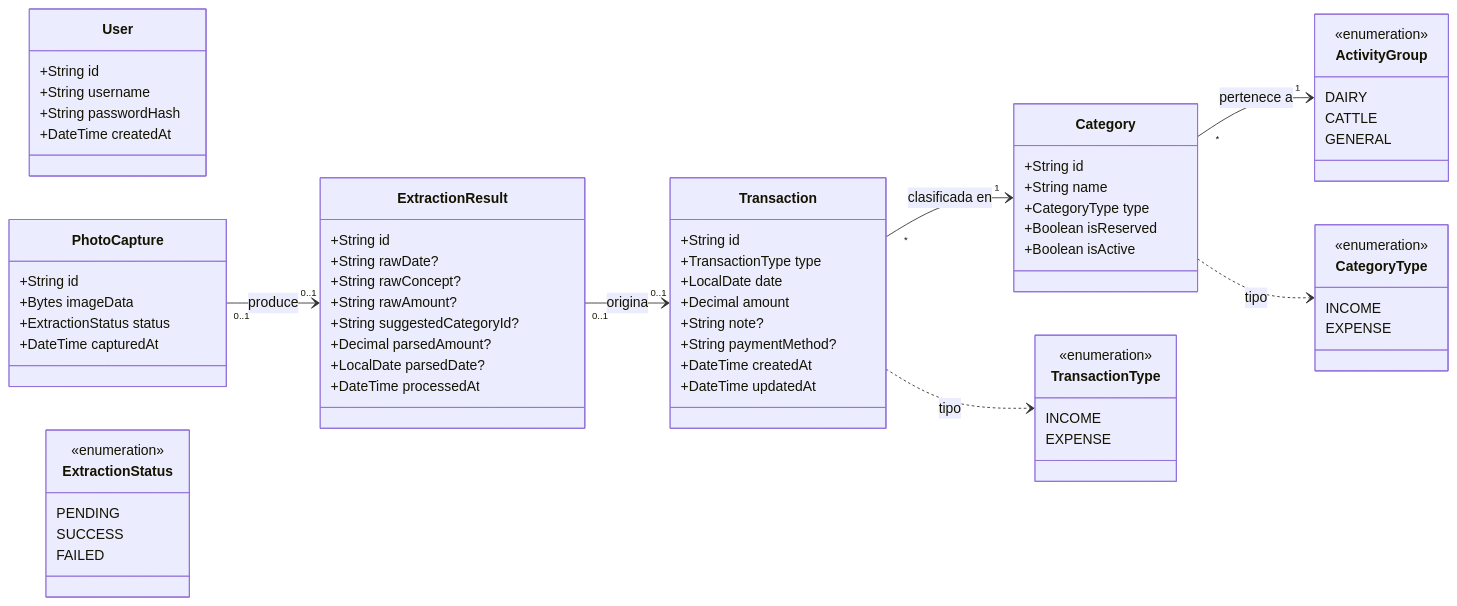
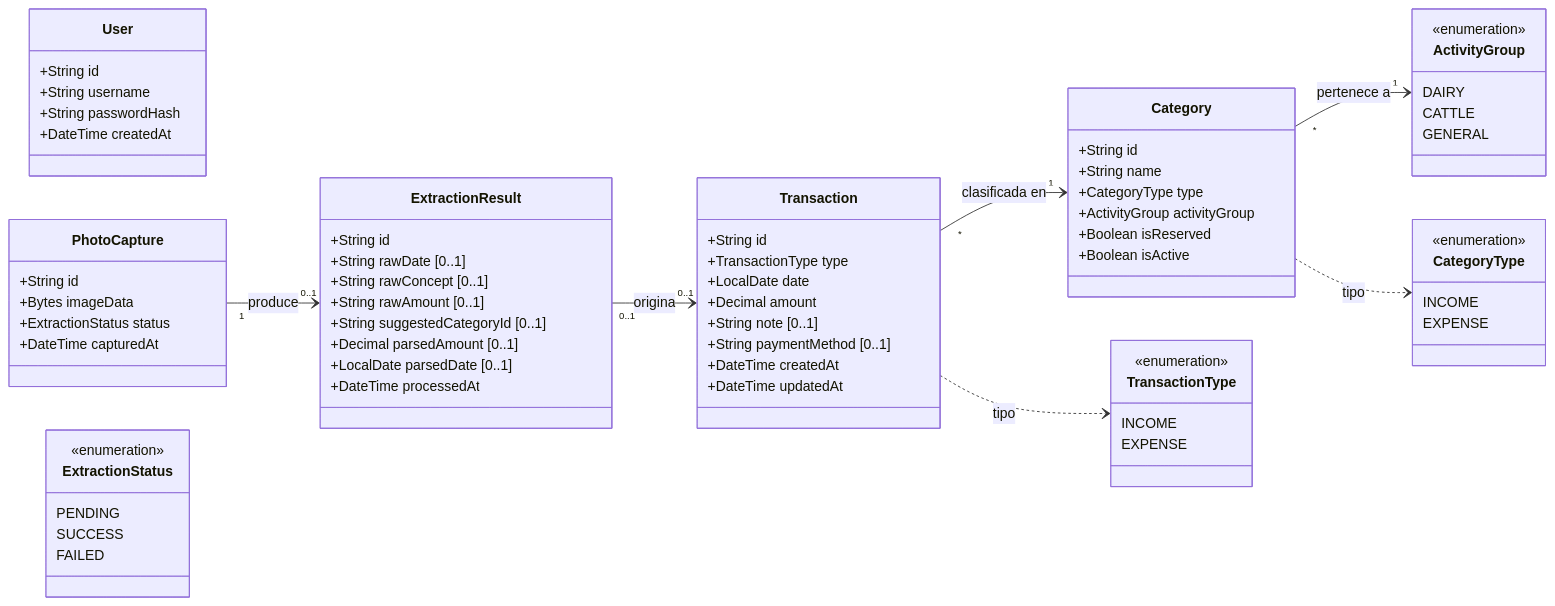
Before and after one commit to Mundolel/SGE: the diagram in docs/3-casos-uso-uml/diagrama_clases.md, drawn with Mermaid. The commit also changed other lines of this file and 2 other files, not shown here.

Commit message:
docs: align UML deliverables with architecture ADRs (#28)
Remove per-transaction sync queue from SD-01 and UC-01/02 flow 6a
(contradicted ADR-003 local-only model), update sequence diagram
participants to the real MVVM components from Step 5, and fix class
diagram UML issues: missing Category.activityGroup, PhotoCapture
multiplicity, and [0..1] optionality notation.

Closes #28

````diff
--- a/docs/3-casos-uso-uml/diagrama_clases.md
+++ b/docs/3-casos-uso-uml/diagrama_clases.md
@@ -17,8 +17,8 @@
         +TransactionType type
         +LocalDate date
         +Decimal amount
-        +String note?
-        +String paymentMethod?
+        +String note [0..1]
+        +String paymentMethod [0..1]
         +DateTime createdAt
         +DateTime updatedAt
     }
@@ -27,6 +27,7 @@
         +String id
         +String name
         +CategoryType type
+        +ActivityGroup activityGroup
         +Boolean isReserved
         +Boolean isActive
     }
@@ -66,12 +67,12 @@
 
     class ExtractionResult {
         +String id
-        +String rawDate?
-        +String rawConcept?
-        +String rawAmount?
-        +String suggestedCategoryId?
-        +Decimal parsedAmount?
-        +LocalDate parsedDate?
+        +String rawDate [0..1]
+        +String rawConcept [0..1]
+        +String rawAmount [0..1]
+        +String suggestedCategoryId [0..1]
+        +Decimal parsedAmount [0..1]
+        +LocalDate parsedDate [0..1]
         +DateTime processedAt
     }
 
@@ -87,6 +88,6 @@
     Category ..> CategoryType : tipo
     Transaction ..> TransactionType : tipo
 
-    PhotoCapture "0..1" --> "0..1" ExtractionResult : produce
+    PhotoCapture "1" --> "0..1" ExtractionResult : produce
     ExtractionResult "0..1" --> "0..1" Transaction : origina
 ```
````
